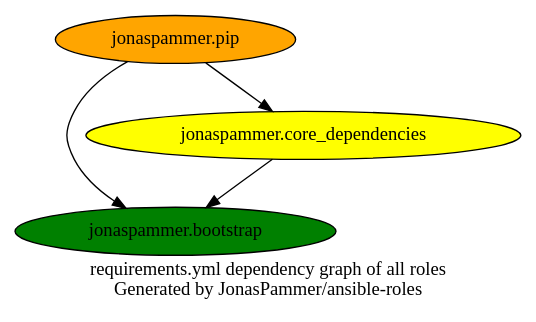
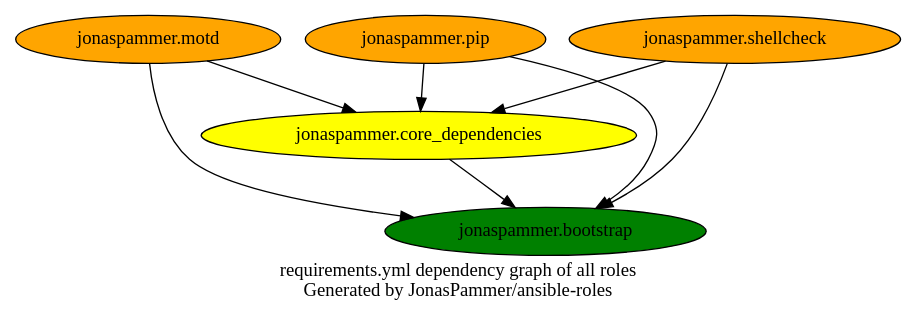
One commit to JonasPammer/ansible-roles changed the diagram in graphs/dependencies_ALL.dot. Above: the diagram before and after it, drawn with Graphviz. The commit also changed 5 other files, not shown here.

```diff
--- a/graphs/dependencies_ALL.dot
+++ b/graphs/dependencies_ALL.dot
@@ -1,13 +1,17 @@
 digraph hierarchy {
   label = "requirements.yml dependency graph of all roles \n Generated by JonasPammer/ansible-roles" ;
 
   {
     "jonaspammer.bootstrap" [fillcolor=green style=filled]
     "jonaspammer.core_dependencies" [fillcolor=yellow style=filled]
+    "jonaspammer.motd" [fillcolor=orange style=filled]
     "jonaspammer.pip" [fillcolor=orange style=filled]
+    "jonaspammer.shellcheck" [fillcolor=orange style=filled]
   }
 
 
   "jonaspammer.core_dependencies" -> {"jonaspammer.bootstrap"}
+  "jonaspammer.motd" -> {"jonaspammer.bootstrap" "jonaspammer.core_dependencies"}
   "jonaspammer.pip" -> {"jonaspammer.bootstrap" "jonaspammer.core_dependencies"}
+  "jonaspammer.shellcheck" -> {"jonaspammer.bootstrap" "jonaspammer.core_dependencies"}
 }
```
